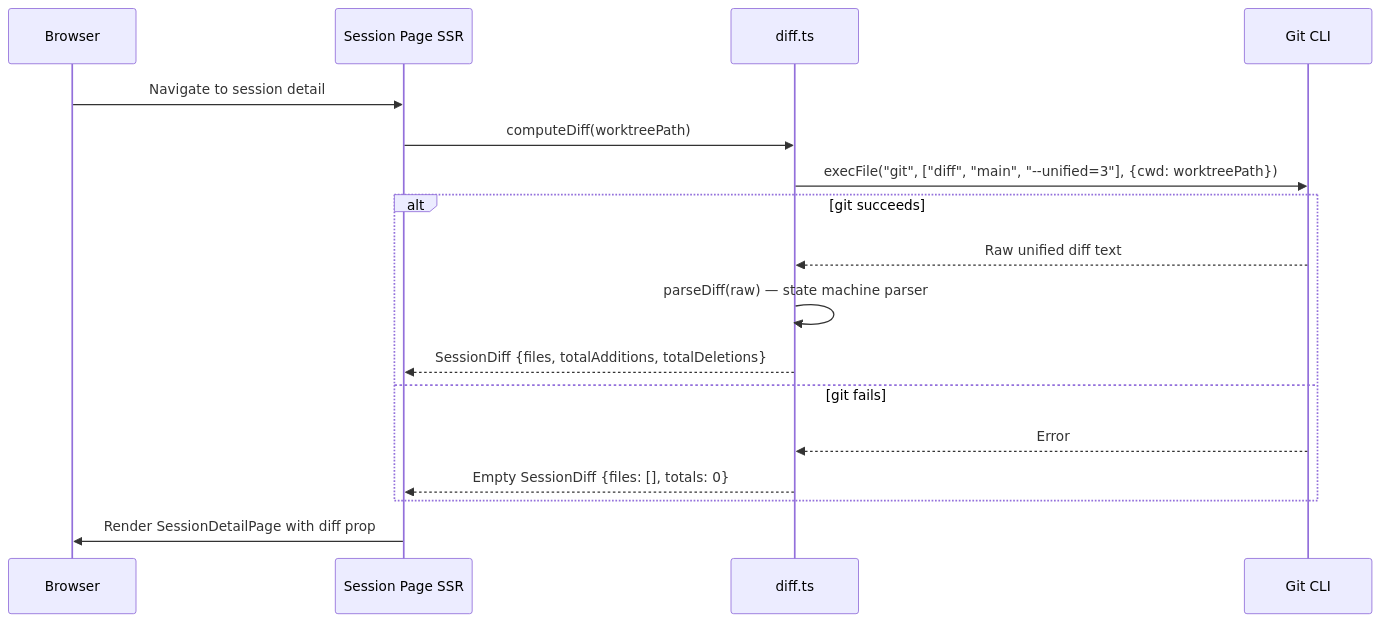
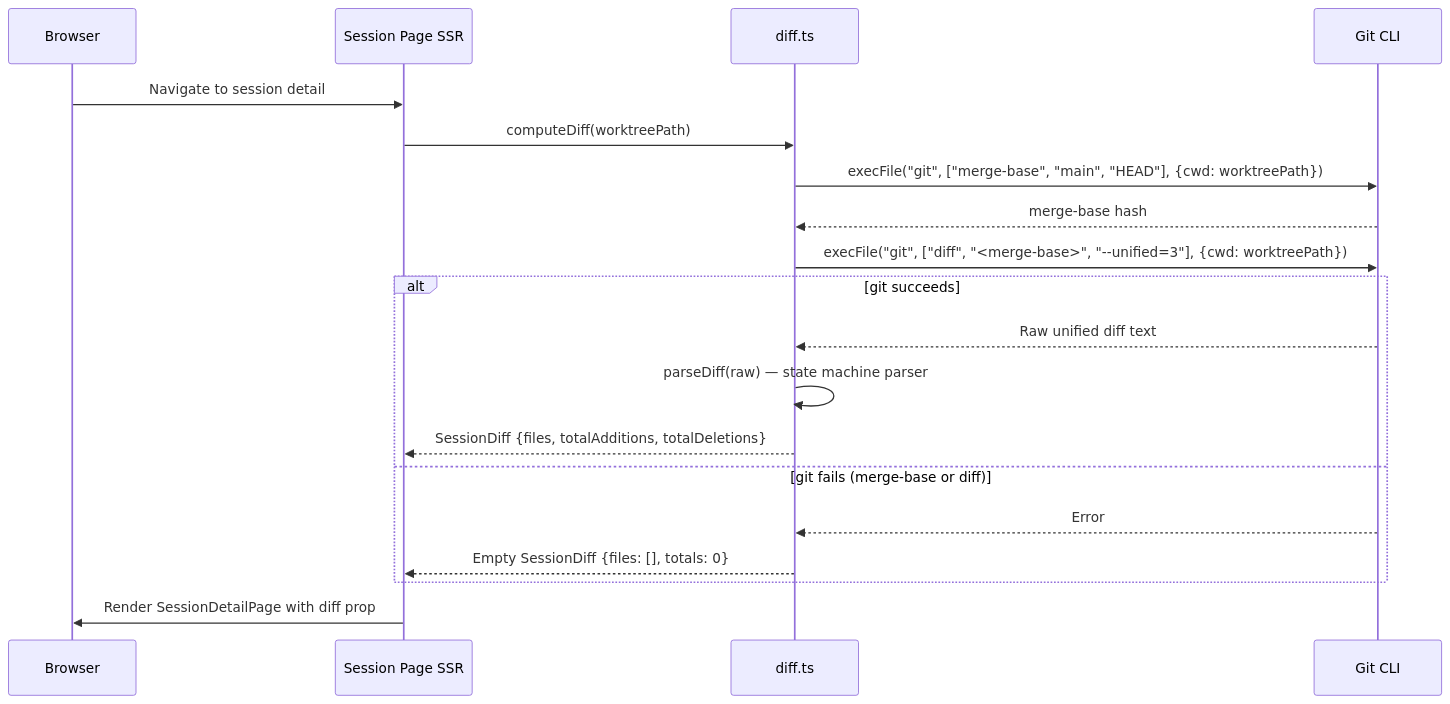
Before and after one commit to amhuppert/remote-ai-manager: the second of 3 diagrams in .kiro/specs/diff-viewer/design.md, drawn with Mermaid. The commit also changed other lines of this file and 7 other files, not shown here.

Commit message:
Fix diff base branch

````diff
--- a/.kiro/specs/diff-viewer/design.md
+++ b/.kiro/specs/diff-viewer/design.md
@@ -85,20 +85,22 @@
 ```mermaid
 sequenceDiagram
     participant Browser
     participant Page as Session Page SSR
     participant Diff as diff.ts
     participant Git as Git CLI
 
     Browser->>Page: Navigate to session detail
     Page->>Diff: computeDiff(worktreePath)
-    Diff->>Git: execFile("git", ["diff", "main", "--unified=3"], {cwd: worktreePath})
+    Diff->>Git: execFile("git", ["merge-base", "main", "HEAD"], {cwd: worktreePath})
+    Git-->>Diff: merge-base hash
+    Diff->>Git: execFile("git", ["diff", "<merge-base>", "--unified=3"], {cwd: worktreePath})
     alt git succeeds
         Git-->>Diff: Raw unified diff text
         Diff->>Diff: parseDiff(raw) — state machine parser
         Diff-->>Page: SessionDiff {files, totalAdditions, totalDeletions}
-    else git fails
+    else git fails (merge-base or diff)
         Git-->>Diff: Error
         Diff-->>Page: Empty SessionDiff {files: [], totals: 0}
     end
     Page->>Browser: Render SessionDetailPage with diff prop
 ```
````
